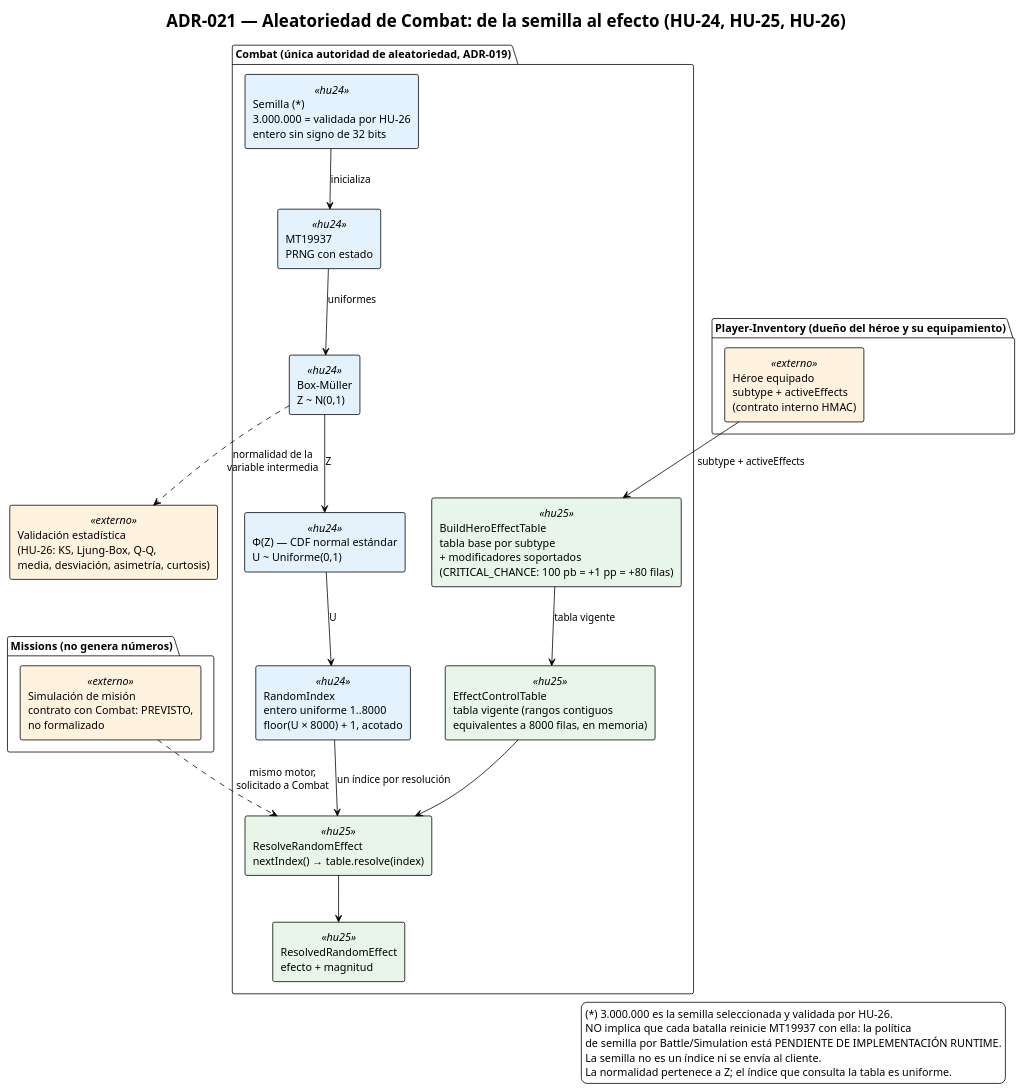
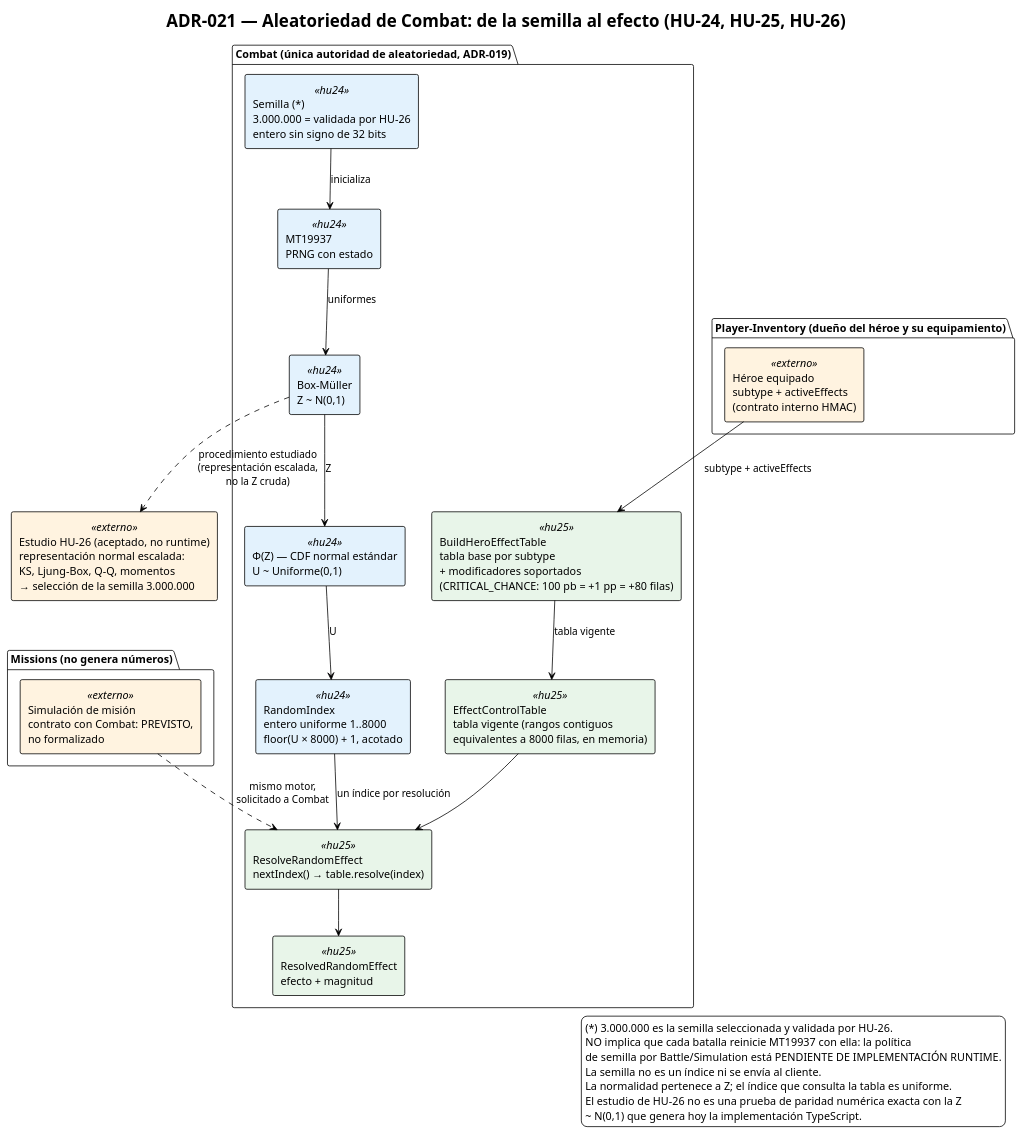
One commit to Nexus-Battle-VI/Nexus-Battle-Infrastructure changed the diagram in docs/diagrams/combat-randomness.puml. Above: the diagram before and after it, drawn with PlantUML. The commit also changed 2 other files, not shown here.

```diff
--- a/docs/diagrams/combat-randomness.puml
+++ b/docs/diagrams/combat-randomness.puml
@@ -1,60 +1,62 @@
 @startuml combat-randomness
 !theme plain
 title ADR-021 — Aleatoriedad de Combat: de la semilla al efecto (HU-24, HU-25, HU-26)
 
 skinparam shadowing false
 skinparam defaultFontName sans-serif
 skinparam rectangle {
   BackgroundColor<<hu24>> #E3F2FD
   BackgroundColor<<hu25>> #E8F5E9
   BackgroundColor<<externo>> #FFF3E0
 }
 
 package "Combat (única autoridad de aleatoriedad, ADR-019)" {
 
   rectangle "Semilla (*)\n3.000.000 = validada por HU-26\nentero sin signo de 32 bits" <<hu24>> as seed
   rectangle "MT19937\nPRNG con estado" <<hu24>> as mt
   rectangle "Box-Müller\nZ ~ N(0,1)" <<hu24>> as bm
   rectangle "Φ(Z) — CDF normal estándar\nU ~ Uniforme(0,1)" <<hu24>> as cdf
   rectangle "RandomIndex\nentero uniforme 1..8000\nfloor(U × 8000) + 1, acotado" <<hu24>> as idx
 
   rectangle "EffectControlTable\ntabla vigente (rangos contiguos\nequivalentes a 8000 filas, en memoria)" <<hu25>> as table
   rectangle "ResolveRandomEffect\nnextIndex() → table.resolve(index)" <<hu25>> as resolve
   rectangle "ResolvedRandomEffect\nefecto + magnitud" <<hu25>> as effect
 
   rectangle "BuildHeroEffectTable\ntabla base por subtype\n+ modificadores soportados\n(CRITICAL_CHANCE: 100 pb = +1 pp = +80 filas)" <<hu25>> as build
 }
 
-rectangle "Validación estadística\n(HU-26: KS, Ljung-Box, Q-Q,\nmedia, desviación, asimetría, curtosis)" <<externo>> as study
+rectangle "Estudio HU-26 (aceptado, no runtime)\nrepresentación normal escalada:\nKS, Ljung-Box, Q-Q, momentos\n→ selección de la semilla 3.000.000" <<externo>> as study
 
 package "Player-Inventory (dueño del héroe y su equipamiento)" {
   rectangle "Héroe equipado\nsubtype + activeEffects\n(contrato interno HMAC)" <<externo>> as hero
 }
 
 package "Missions (no genera números)" {
   rectangle "Simulación de misión\ncontrato con Combat: PREVISTO,\nno formalizado" <<externo>> as missions
 }
 
 seed --> mt : inicializa
 mt --> bm : uniformes
 bm --> cdf : Z
 cdf --> idx : U
 idx --> resolve : un índice por resolución
 table --> resolve
 resolve --> effect
 
-bm ..> study : normalidad de la\nvariable intermedia
+bm ..> study : procedimiento estudiado\n(representación escalada,\nno la Z cruda)
 
 hero --> build : subtype + activeEffects
 build --> table : tabla vigente
 
 missions ..> resolve : mismo motor,\nsolicitado a Combat
 
 legend right
   (*) 3.000.000 es la semilla seleccionada y validada por HU-26.
   NO implica que cada batalla reinicie MT19937 con ella: la política
   de semilla por Battle/Simulation está PENDIENTE DE IMPLEMENTACIÓN RUNTIME.
   La semilla no es un índice ni se envía al cliente.
   La normalidad pertenece a Z; el índice que consulta la tabla es uniforme.
+  El estudio de HU-26 no es una prueba de paridad numérica exacta con la Z
+  ~ N(0,1) que genera hoy la implementación TypeScript.
 endlegend
 @enduml
```
